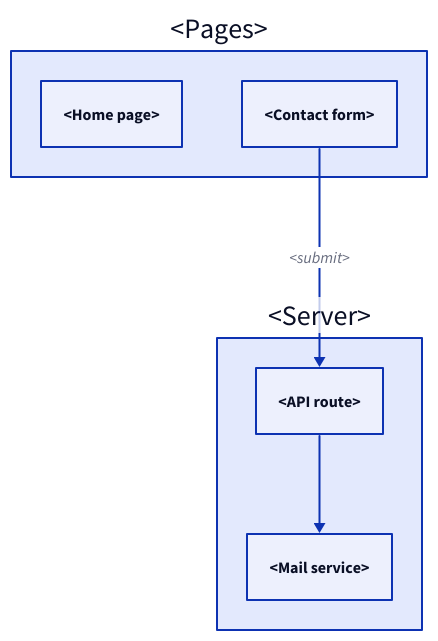
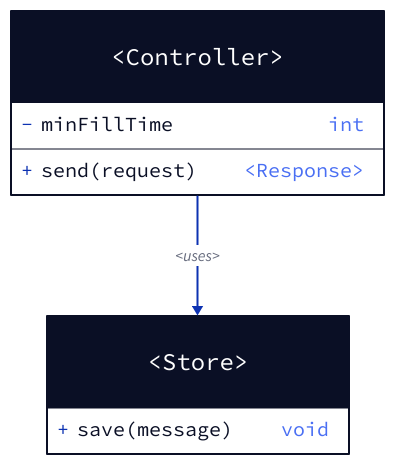
The fifth of 7 diagrams in skill/explaining-code/SKILL.md (ATkingma/KingmaDoc), drawn with D2 before and after one commit. The commit also changed other lines of this file and 1 other file, not shown here.

````diff
--- a/skill/explaining-code/SKILL.md
+++ b/skill/explaining-code/SKILL.md
@@ -103,13 +126,12 @@
 ```d2
-direction: down
-ui: <Pages> {
-  home: <Home page>
-  form: <Contact form>
+controller: <Controller> {
+  shape: class
+  "+send(request)": <Response>
+  "-minFillTime": int
 }
-server: <Server> {
-  route: <API route>
-  service: <Mail service>
+store: <Store> {
+  shape: class
+  "+save(message)": void
 }
-ui.form -> server.route: <submit>
-server.route -> server.service
+controller -> store: <uses>
 ```
````
